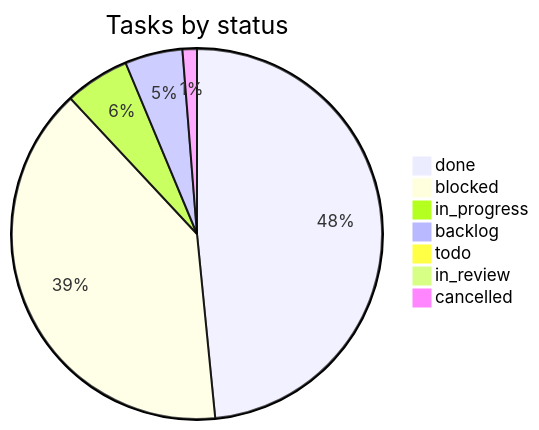
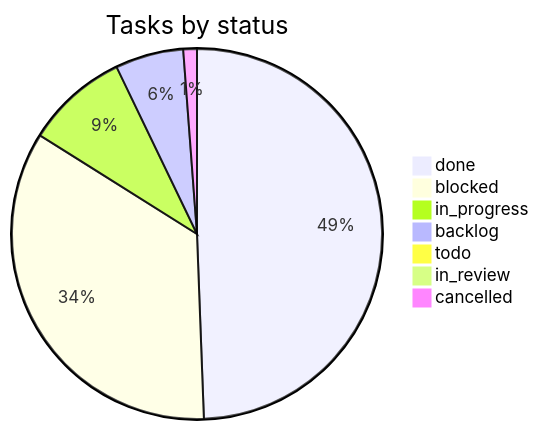
One commit to vulcanflow/docs changed the second of 2 diagrams in PROGRESS.md. Above: the diagram before and after it, drawn with Mermaid. The commit also changed other lines of this file and 1 other file, not shown here.

Commit message:
progress: 6 deliveries (VFL-41, VFL-142, VFL-143, VFL-182, VFL-191, VFL-195), 9 status changes, 9 new tasks (VFL-193-201)

````diff
--- a/PROGRESS.md
+++ b/PROGRESS.md
@@ -58,10 +58,10 @@
 ```mermaid
 pie title Tasks by status
-  "done" : 77
-  "blocked" : 63
-  "in_progress" : 9
-  "backlog" : 8
+  "done" : 83
+  "blocked" : 58
+  "in_progress" : 15
+  "backlog" : 10
   "todo" : 1
   "in_review" : 1
   "cancelled" : 2
 ```
````
